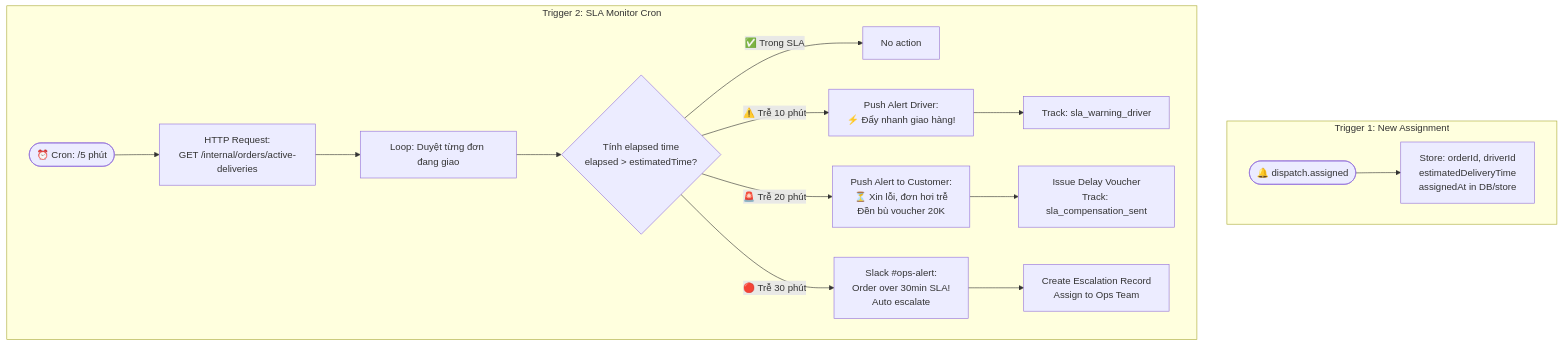
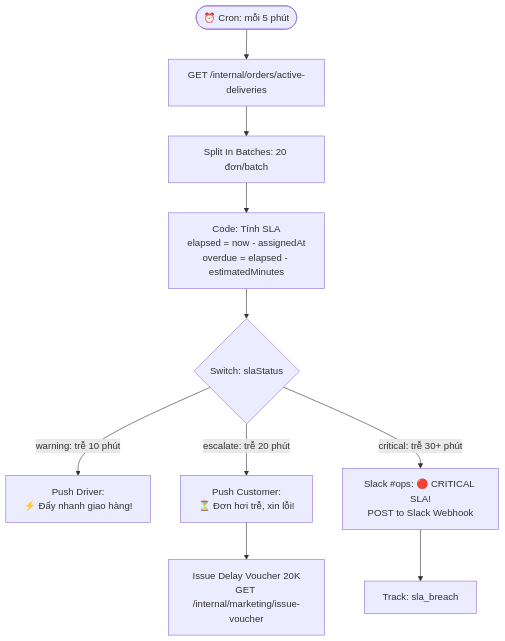
The sixth of 9 diagrams in docs/n8n/WORKFLOWS.md (vietviet08/bitenex-cj), drawn with Mermaid before and after one commit. The commit also changed other lines of this file and 5 other files, not shown here.

````diff
--- a/docs/n8n/WORKFLOWS.md
+++ b/docs/n8n/WORKFLOWS.md
@@ -271,19 +275,13 @@
 ```mermaid
 flowchart TD
-    subgraph "Trigger 1: New Assignment"
-        A([🔔 dispatch.assigned]) --> B[Store: orderId, driverId\nestimatedDeliveryTime\nassignedAt in DB/store]
-    end
+    A([⏰ Cron: mỗi 5 phút]) --> B[GET /internal/orders/active-deliveries]
+    B --> C[Split In Batches: 20 đơn/batch]
+    C --> D[Code: Tính SLA\nelapsed = now - assignedAt\noverdue = elapsed - estimatedMinutes]
+    D --> E{Switch: slaStatus}
 
-    subgraph "Trigger 2: SLA Monitor Cron"
-        C([⏰ Cron: /5 phút]) --> D[HTTP Request:\nGET /internal/orders/active-deliveries]
-        D --> E[Loop: Duyệt từng đơn đang giao]
-        E --> F{Tính elapsed time\nelapsed > estimatedTime?}
-        F -- "✅ Trong SLA" --> G[No action]
-        F -- "⚠️ Trễ 10 phút" --> H[Push Alert Driver:\n⚡ Đẩy nhanh giao hàng!]
-        F -- "🚨 Trễ 20 phút" --> I[Push Alert to Customer:\n⏳ Xin lỗi, đơn hơi trễ\nĐền bù voucher 20K]
-        F -- "🔴 Trễ 30 phút" --> J[Slack #ops-alert:\nOrder over 30min SLA!\nAuto escalate]
-        H --> K[Track: sla_warning_driver]
-        I --> L[Issue Delay Voucher\nTrack: sla_compensation_sent]
-        J --> M[Create Escalation Record\nAssign to Ops Team]
-    end
+    E -- "warning: trễ 10 phút" --> F[Push Driver:\n⚡ Đẩy nhanh giao hàng!]
+    E -- "escalate: trễ 20 phút" --> G[Push Customer:\n⏳ Đơn hơi trễ, xin lỗi!]
+    G --> H[Issue Delay Voucher 20K\nGET /internal/marketing/issue-voucher]
+    E -- "critical: trễ 30+ phút" --> I[Slack #ops: 🔴 CRITICAL SLA!\nPOST to Slack Webhook]
+    I --> J[Track: sla_breach]
 ```
````
